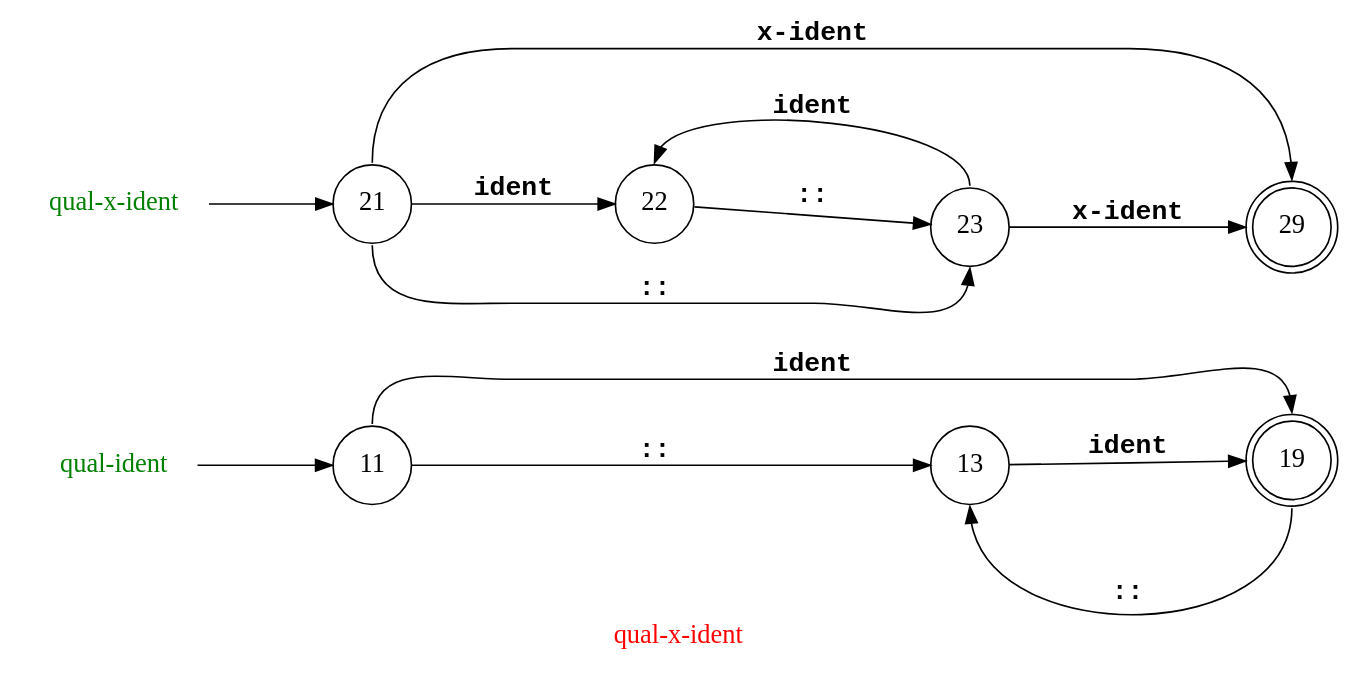
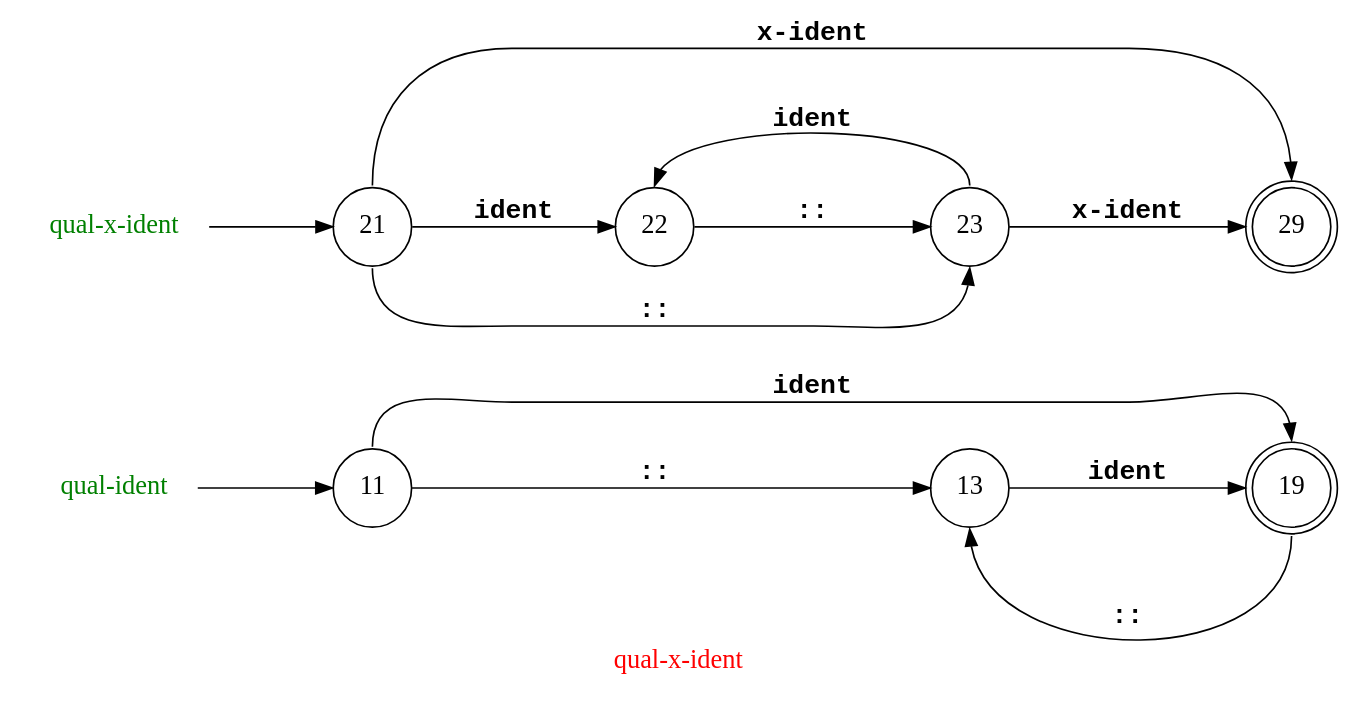
Before and after one commit to Ayyzee/dakota: the diagram in doc/qual-x-ident-grammar-fsm.dot, drawn with Graphviz.

Commit message:
Minor cleanup to make layout more appealing.

```diff
--- a/doc/qual-x-ident-grammar-fsm.dot
+++ b/doc/qual-x-ident-grammar-fsm.dot
@@ -1,54 +1,53 @@
 // Copyright (C) 2007 - 2015 Robert Nielsen <robert@dakota.org>
 //
 // Licensed under the Apache License, Version 2.0 (the "License");
 // you may not use this file except in compliance with the License.
 // You may obtain a copy of the License at
 //
 //      http://www.apache.org/licenses/LICENSE-2.0
 //
 // Unless required by applicable law or agreed to in writing, software
 // distributed under the License is distributed on an "AS IS" BASIS,
 // WITHOUT WARRANTIES OR CONDITIONS OF ANY KIND, either express or implied.
 // See the License for the specific language governing permissions and
 // limitations under the License.
 
 digraph "qual-x-ident"
 {
-  graph [ label = "\G", 
-          rankdir = "LR",
+  graph [ label = "\G", fontcolor = red, fontsize = 16,
+          rankdir = LR,
           center = true,
           //size = "7.5,10", page = "8.5,11",
-          fontcolor = red, fontsize = 16,
           ];
   node [ shape = circle, width = 0.6, fontsize = 16 ];
   //node [ label = "", width = 0.3 ]; // comment out this line if you want the node names displayed
 
   // on OS X/darwin it wants Courier-Bold and Courier-Oblique
-  edge [ fontname = "Courier-Bold", minlen = 2, fontsize = 16, concentrate = true ];
+  edge [ fontname = "Courier-Bold", minlen = 2, fontsize = 16 ];
 
   10 -> 11;
   10 [ label = "qual-ident", shape = none, fontcolor = green ];
-  11 -> 13 [ label = "::" , weight = 2 ];
+  11 -> 13 [ label = "::" , weight = 4 ];
   11 -> 19 [ label = "ident", tailport = n, headport = n ];
-  13 -> 19 [ label = "ident", weight = 2 ];
+  13 -> 19 [ label = "ident", weight = 4 ];
   19 -> 13 [ label = "::", tailport = s, headport = s ];
   19 [ shape = doublecircle ];
   20 -> 21;
   20 [ label = "qual-x-ident", shape = none, fontcolor = green ];
-  21 -> 22 [ label = "ident", weight = 2 ];
+  21 -> 22 [ label = "ident", weight = 4 ];
   21 -> 23 [ label = "::", tailport = s, headport = s ];
   21 -> 29 [ label = "x-ident", tailport = n, headport = n ];
-  22 -> 23 [ label = "::", weight = 2 ];
+  22 -> 23 [ label = "::", weight = 4 ];
   23 -> 22 [ label = "ident", tailport = n, headport = n ];
-  23 -> 29 [ label = "x-ident", weight = 2 ];
+  23 -> 29 [ label = "x-ident", weight = 4 ];
   29 [ shape = doublecircle ];
   
   subgraph { rank = same; 11; 21 }
   subgraph { rank = same; 19; 29 }
 
   subgraph { rank = source; 10; }
   subgraph { rank = sink;   19; }
 
   subgraph { rank = source; 20; }
   subgraph { rank = sink;   29; }
 }
```
